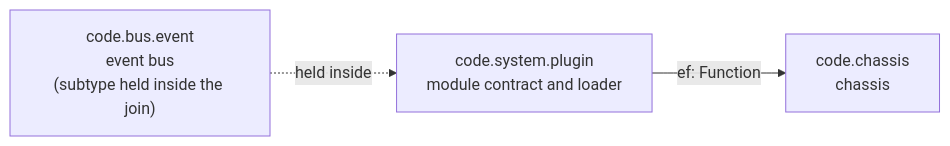
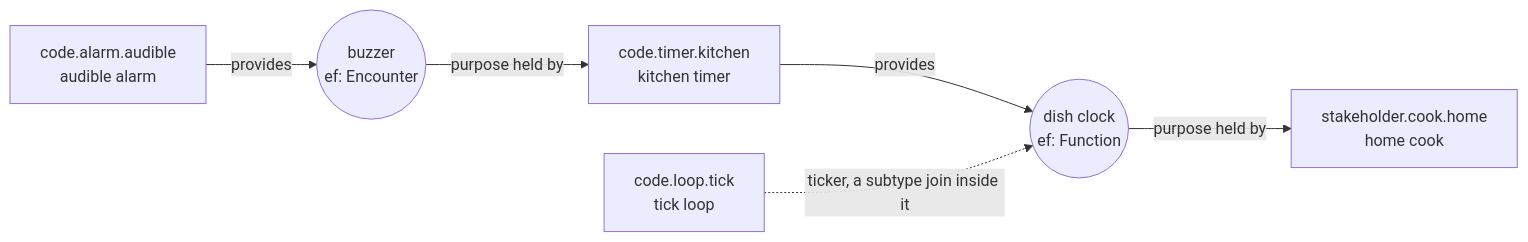
Before and after one commit to RchGrav/metaform: the third of 3 diagrams in README.md, drawn with Mermaid. The commit also changed other lines of this file and 23 other files, not shown here.

````diff
--- a/README.md
+++ b/README.md
@@ -105,8 +105,8 @@
 ```mermaid
 graph LR
-    provider["code.system.plugin<br/>module contract and loader"]
-    receiver["code.chassis<br/>chassis"]
-    subtype["code.bus.event<br/>event bus<br/>(subtype held inside the join)"]
-    provider -- "ef: Function" --> receiver
-    subtype -. held inside .-> provider
+    timer["code.timer.kitchen<br/>kitchen timer"] -- provides --> clock(("dish clock<br/>ef: Function"))
+    clock -- "purpose held by" --> cook["stakeholder.cook.home<br/>home cook"]
+    tick["code.loop.tick<br/>tick loop"] -.->|"ticker, a subtype join inside it"| clock
+    alarm["code.alarm.audible<br/>audible alarm"] -- provides --> buzzer(("buzzer<br/>ef: Encounter"))
+    buzzer -- "purpose held by" --> timer
 ```
````
